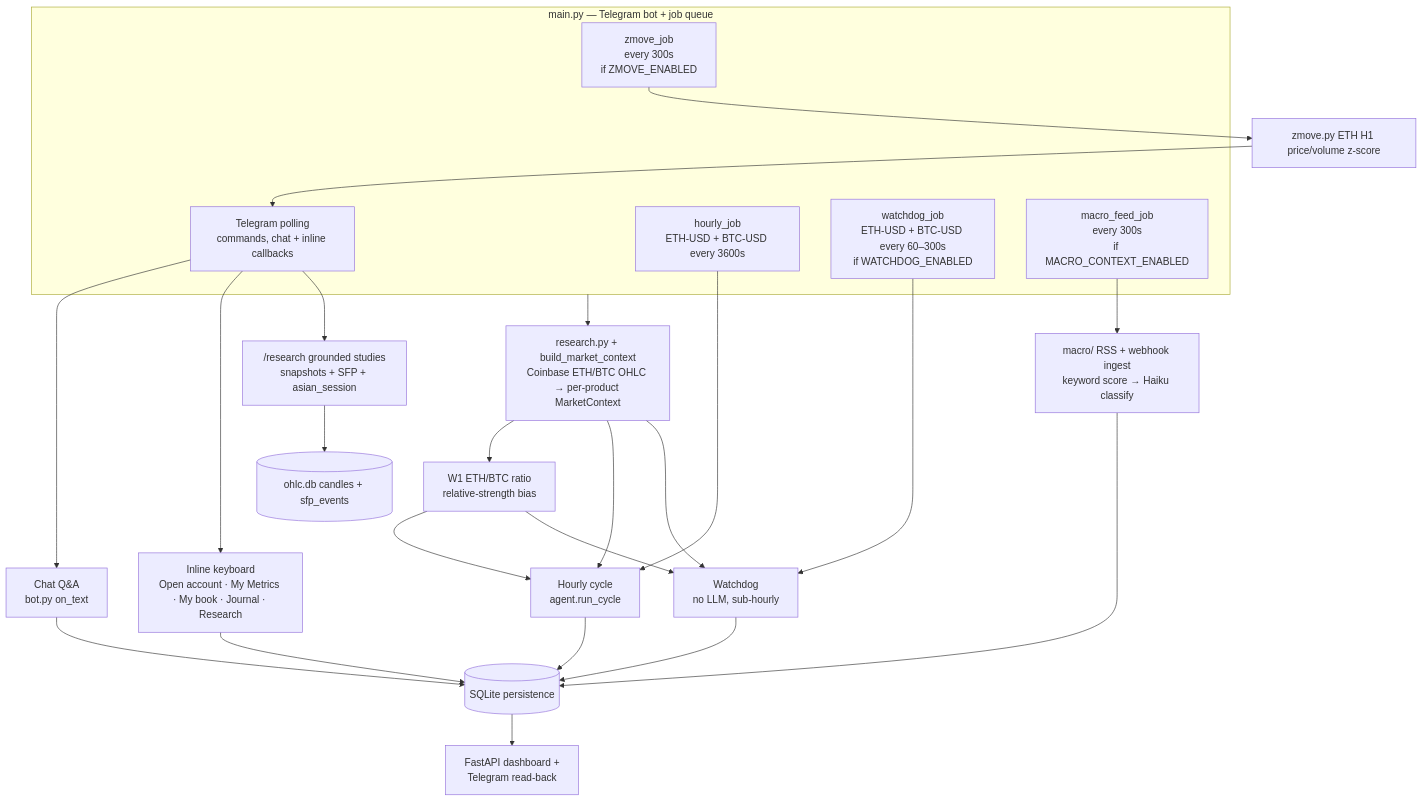
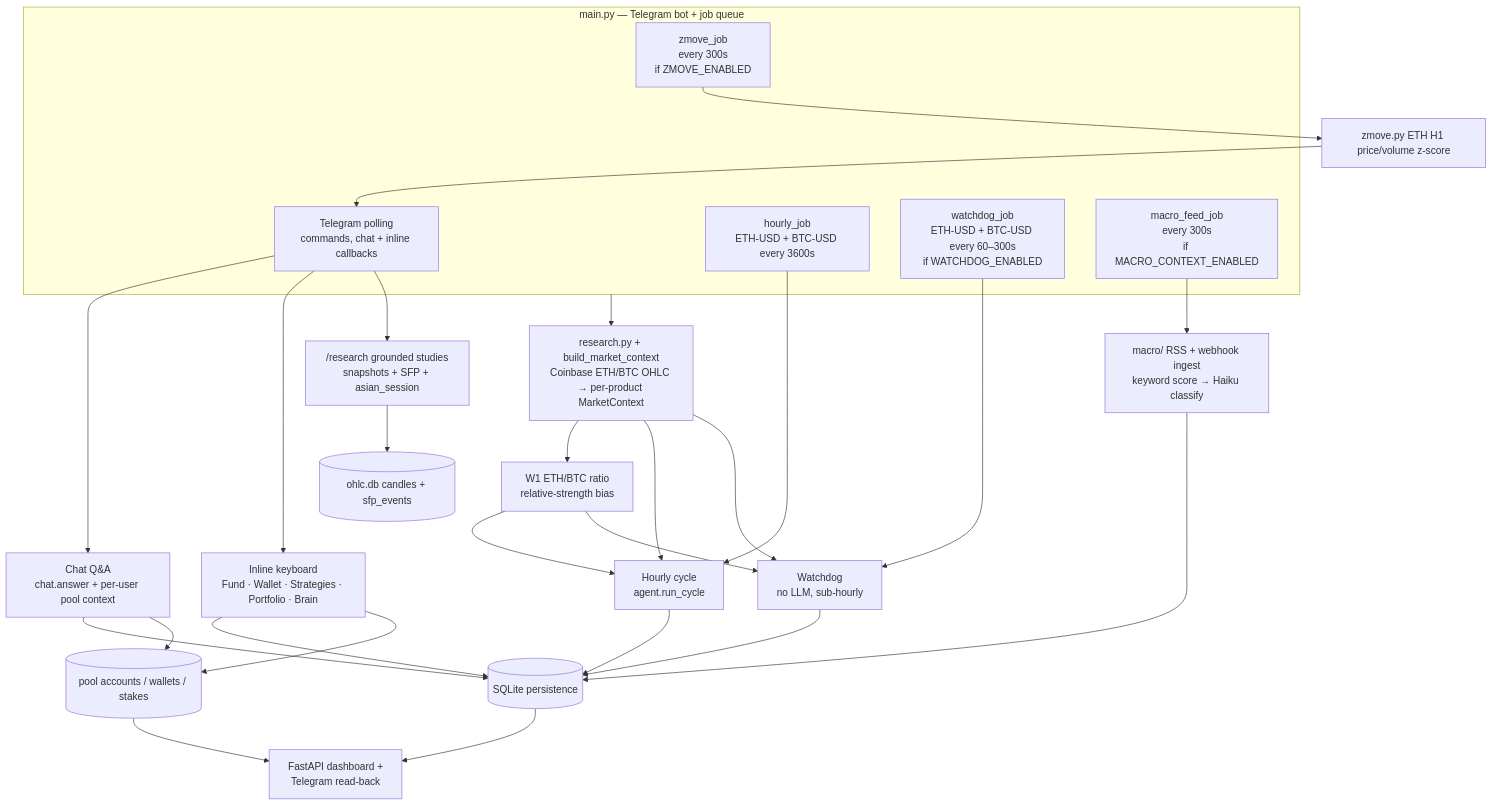
The first of 6 diagrams in deploy/PROJECT_STATE.md (abagui11/eth-trading-bot), drawn with Mermaid before and after one commit. The commit also changed other lines of this file and 55 other files, not shown here.

````diff
--- a/deploy/PROJECT_STATE.md
+++ b/deploy/PROJECT_STATE.md
@@ -42,34 +48,37 @@
 ```mermaid
 flowchart TD
     subgraph ENTRY["main.py — Telegram bot + job queue"]
         TG[Telegram polling<br/>commands, chat + inline callbacks]
         HJ[hourly_job<br/>ETH-USD + BTC-USD every 3600s]
         WJ[watchdog_job<br/>ETH-USD + BTC-USD every 60–300s<br/>if WATCHDOG_ENABLED]
         MJ[macro_feed_job<br/>every 300s<br/>if MACRO_CONTEXT_ENABLED]
         ZJ[zmove_job<br/>every 300s<br/>if ZMOVE_ENABLED]
     end
 
     ENTRY --> DATA[research.py + build_market_context<br/>Coinbase ETH/BTC OHLC → per-product MarketContext]
     DATA --> RS[W1 ETH/BTC ratio<br/>relative-strength bias]
     MJ --> MACRO[macro/ RSS + webhook ingest<br/>keyword score → Haiku classify]
     MACRO --> STORE
     ZJ --> ZMOVE[zmove.py ETH H1 price/volume z-score]
     ZMOVE --> TG
 
-    TG --> CHAT[Chat Q&A<br/>bot.py on_text]
-    TG --> TGUI[Inline keyboard<br/>Open account · My Metrics · My book · Journal · Research]
+    TG --> CHAT[Chat Q&A<br/>chat.answer + per-user pool context]
+    TG --> TGUI[Inline keyboard<br/>Fund · Wallet · Strategies · Portfolio · Brain]
     TG --> RESEARCH["/research grounded studies<br/>snapshots + SFP + asian_session"]
     HJ --> HOURLY[Hourly cycle<br/>agent.run_cycle]
     WJ --> WATCH[Watchdog<br/>no LLM, sub-hourly]
     DATA --> HOURLY
     DATA --> WATCH
     RS --> HOURLY
     RS --> WATCH
 
     CHAT --> STORE[(SQLite persistence)]
+    CHAT --> POOL[(pool accounts / wallets / stakes)]
     TGUI --> STORE
+    TGUI --> POOL
     RESEARCH --> OHLC[(ohlc.db candles + sfp_events)]
     HOURLY --> STORE
     WATCH --> STORE
     STORE --> READ[FastAPI dashboard +<br/>Telegram read-back]
+    POOL --> READ
 ```
````
